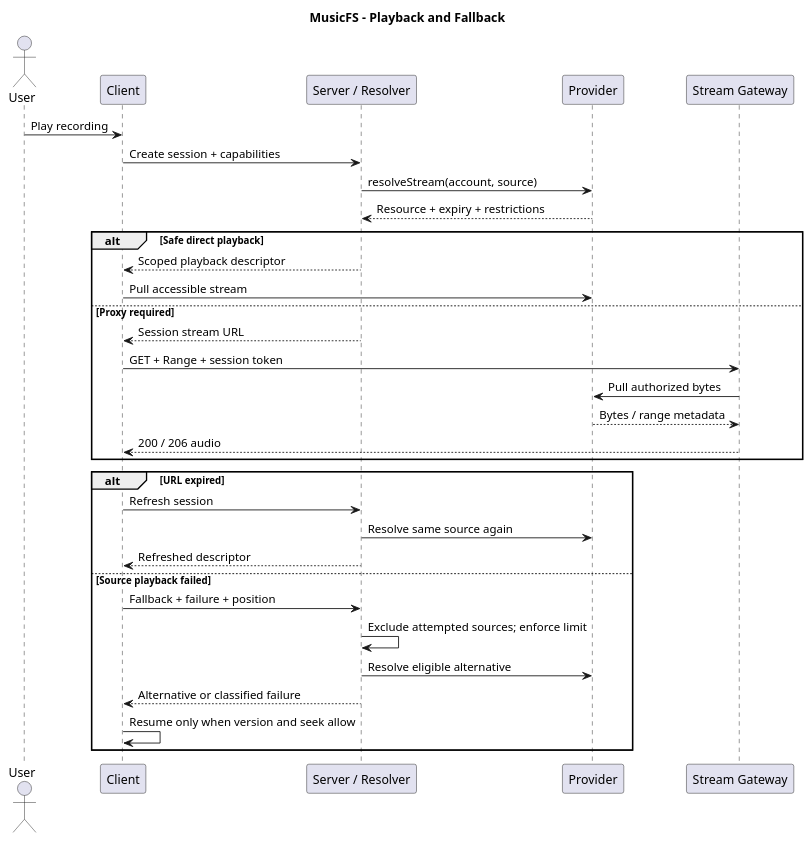
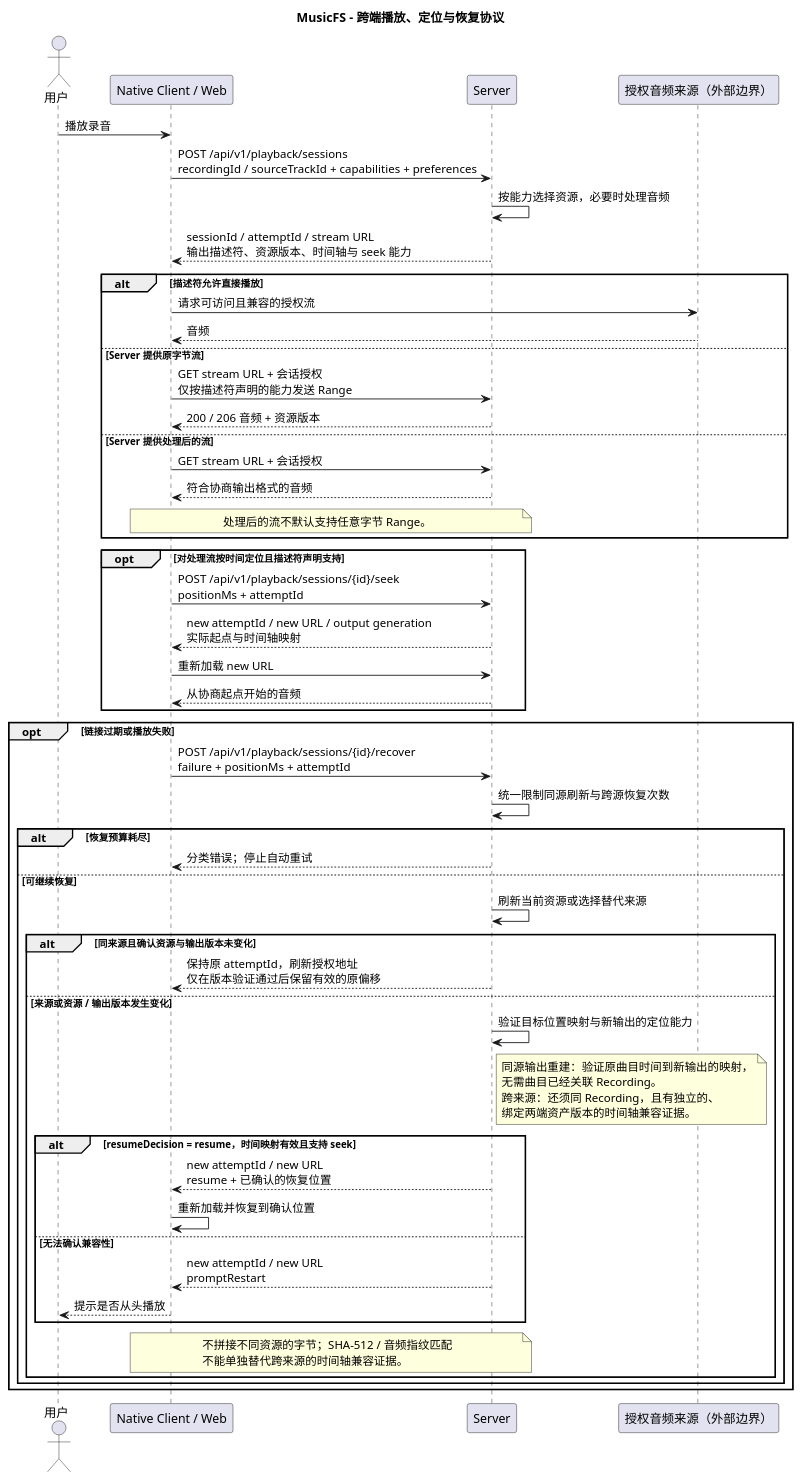
The diagram in docs/diagrams/playback.puml (fnMrRice/MusicFS), drawn with PlantUML before and after one commit. The commit also changed 7 other files, not shown here.

Commit message:
docs: separate shared architecture from repository internals

```diff
--- a/docs/diagrams/playback.puml
+++ b/docs/diagrams/playback.puml
@@ -1,33 +1,65 @@
 @startuml
-title MusicFS - Playback and Fallback
-actor User
-participant Client
-participant "Server / Resolver" as Server
-participant Provider
-participant "Stream Gateway" as Stream
-User -> Client : Play recording
-Client -> Server : Create session + capabilities
-Server -> Provider : resolveStream(account, source)
-Provider --> Server : Resource + expiry + restrictions
-alt Safe direct playback
- Server --> Client : Scoped playback descriptor
- Client -> Provider : Pull accessible stream
-else Proxy required
- Server --> Client : Session stream URL
- Client -> Stream : GET + Range + session token
- Stream -> Provider : Pull authorized bytes
- Provider --> Stream : Bytes / range metadata
- Stream --> Client : 200 / 206 audio
+title MusicFS - 跨端播放、定位与恢复协议
+actor "用户" as User
+participant "Native Client / Web" as Client
+participant "Server" as Server
+participant "授权音频来源（外部边界）" as Source
+
+User -> Client : 播放录音
+Client -> Server : POST /api/v1/playback/sessions\nrecordingId / sourceTrackId + capabilities + preferences
+Server -> Server : 按能力选择资源，必要时处理音频
+Server --> Client : sessionId / attemptId / stream URL\n输出描述符、资源版本、时间轴与 seek 能力
+
+alt 描述符允许直接播放
+  Client -> Source : 请求可访问且兼容的授权流
+  Source --> Client : 音频
+else Server 提供原字节流
+  Client -> Server : GET stream URL + 会话授权\n仅按描述符声明的能力发送 Range
+  Server --> Client : 200 / 206 音频 + 资源版本
+else Server 提供处理后的流
+  Client -> Server : GET stream URL + 会话授权
+  Server --> Client : 符合协商输出格式的音频
+  note over Client, Server
+    处理后的流不默认支持任意字节 Range。
+  end note
 end
-alt URL expired
- Client -> Server : Refresh session
- Server -> Provider : Resolve same source again
- Server --> Client : Refreshed descriptor
-else Source playback failed
- Client -> Server : Fallback + failure + position
- Server -> Server : Exclude attempted sources; enforce limit
- Server -> Provider : Resolve eligible alternative
- Server --> Client : Alternative or classified failure
- Client -> Client : Resume only when version and seek allow
+
+opt 对处理流按时间定位且描述符声明支持
+  Client -> Server : POST /api/v1/playback/sessions/{id}/seek\npositionMs + attemptId
+  Server --> Client : new attemptId / new URL / output generation\n实际起点与时间轴映射
+  Client -> Server : 重新加载 new URL
+  Server --> Client : 从协商起点开始的音频
+end
+
+opt 链接过期或播放失败
+  Client -> Server : POST /api/v1/playback/sessions/{id}/recover\nfailure + positionMs + attemptId
+  Server -> Server : 统一限制同源刷新与跨源恢复次数
+  alt 恢复预算耗尽
+    Server --> Client : 分类错误；停止自动重试
+  else 可继续恢复
+    Server -> Server : 刷新当前资源或选择替代来源
+    alt 同来源且确认资源与输出版本未变化
+      Server --> Client : 保持原 attemptId，刷新授权地址\n仅在版本验证通过后保留有效的原偏移
+    else 来源或资源 / 输出版本发生变化
+      Server -> Server : 验证目标位置映射与新输出的定位能力
+      note right of Server
+        同源输出重建：验证原曲目时间到新输出的映射，
+        无需曲目已经关联 Recording。
+        跨来源：还须同 Recording，且有独立的、
+        绑定两端资产版本的时间轴兼容证据。
+      end note
+      alt resumeDecision = resume，时间映射有效且支持 seek
+        Server --> Client : new attemptId / new URL\nresume + 已确认的恢复位置
+        Client -> Client : 重新加载并恢复到确认位置
+      else 无法确认兼容性
+        Server --> Client : new attemptId / new URL\npromptRestart
+        Client --> User : 提示是否从头播放
+      end
+      note over Client, Server
+        不拼接不同资源的字节；SHA-512 / 音频指纹匹配
+        不能单独替代跨来源的时间轴兼容证据。
+      end note
+    end
+  end
 end
 @enduml
```
